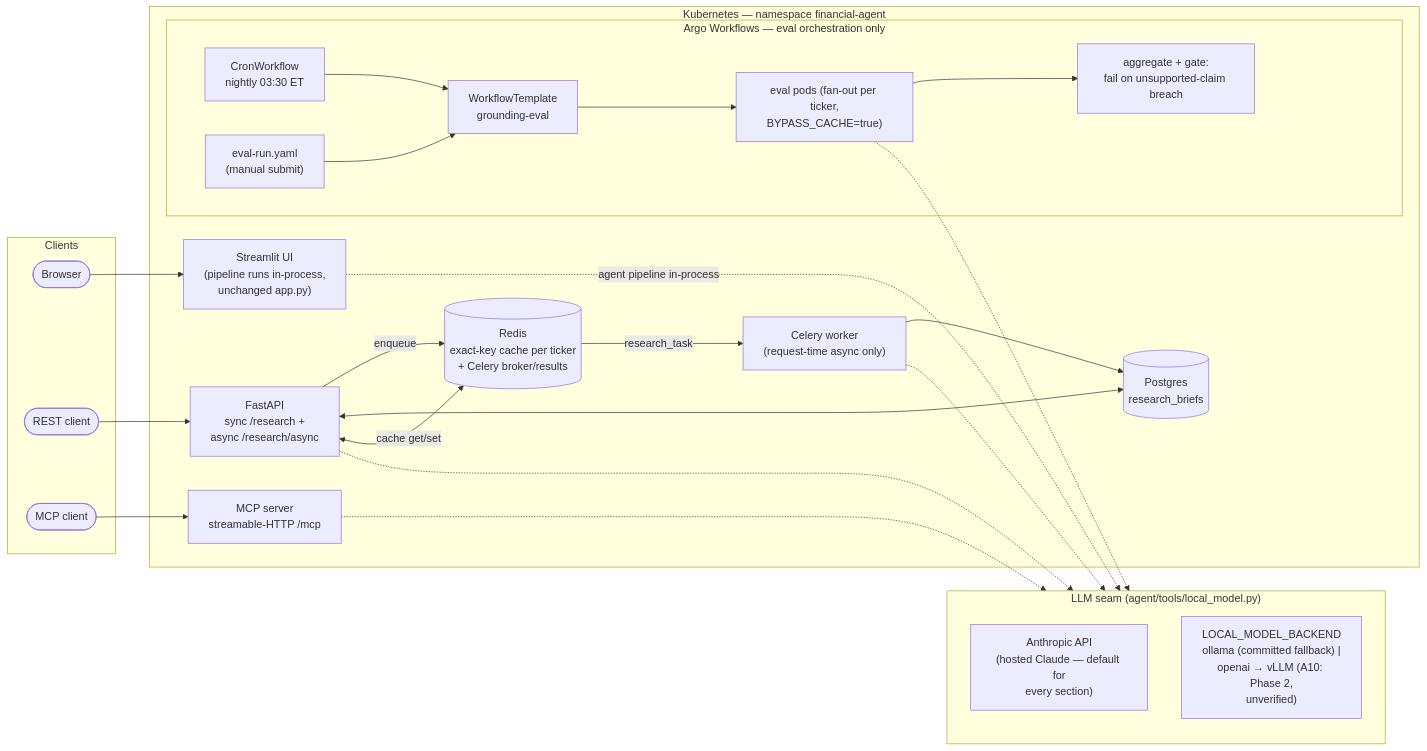
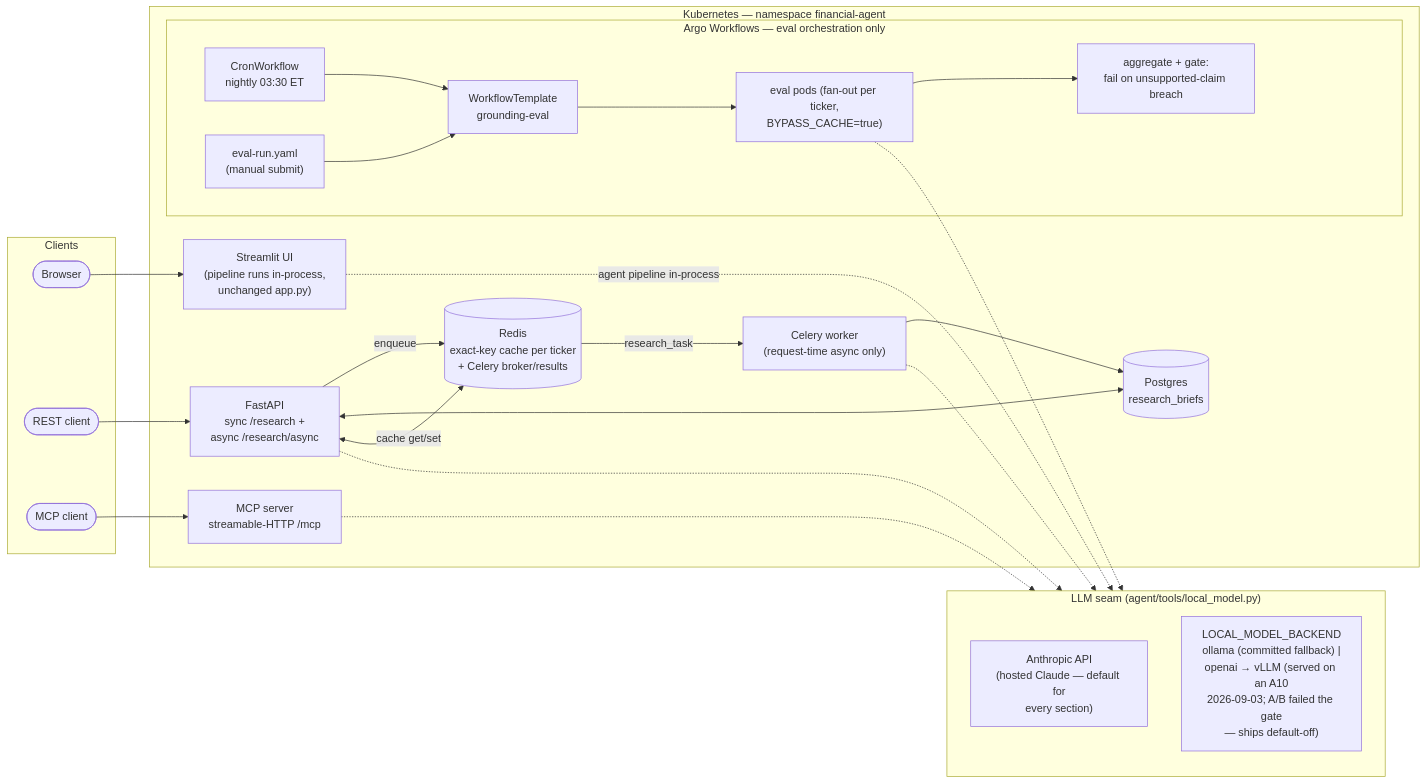
One commit to schen9999/financial-agent changed the diagram in docs/architecture.md. Above: the diagram before and after it, drawn with Mermaid. The commit also changed other lines of this file and 2 other files, not shown here.

````diff
--- a/docs/architecture.md
+++ b/docs/architecture.md
@@ -9,43 +9,43 @@
 ```mermaid
 flowchart LR
     subgraph clients [Clients]
         browser([Browser])
         rest([REST client])
         mcpc([MCP client])
     end
 
     subgraph cluster ["Kubernetes — namespace financial-agent"]
         streamlit["Streamlit UI<br/>(pipeline runs in-process,<br/>unchanged app.py)"]
         api["FastAPI<br/>sync /research +<br/>async /research/async"]
         worker["Celery worker<br/>(request-time async only)"]
         redis[("Redis<br/>exact-key cache per ticker<br/>+ Celery broker/results")]
         pg[("Postgres<br/>research_briefs")]
         mcp["MCP server<br/>streamable-HTTP /mcp"]
 
         subgraph argo ["Argo Workflows — eval orchestration only"]
             cron["CronWorkflow<br/>nightly 03:30 ET"] --> wft["WorkflowTemplate<br/>grounding-eval"]
             evalrun["eval-run.yaml<br/>(manual submit)"] --> wft
             wft --> pods["eval pods (fan-out per ticker,<br/>BYPASS_CACHE=true)"]
             pods --> gate["aggregate + gate:<br/>fail on unsupported-claim breach"]
         end
     end
 
     subgraph llm ["LLM seam (agent/tools/local_model.py)"]
         hosted["Anthropic API<br/>(hosted Claude — default for<br/>every section)"]
-        local["LOCAL_MODEL_BACKEND<br/>ollama (committed fallback) |<br/>openai → vLLM (A10: Phase 2,<br/>unverified)"]
+        local["LOCAL_MODEL_BACKEND<br/>ollama (committed fallback) |<br/>openai → vLLM (served on an A10<br/>2026-09-03; A/B failed the gate<br/>— ships default-off)"]
     end
 
     browser --> streamlit
     rest --> api
     mcpc --> mcp
     api -->|enqueue| redis
     redis -->|research_task| worker
     api <--> pg
     worker --> pg
     api <-->|cache get/set| redis
     streamlit -.->|agent pipeline in-process| llm
     api -.-> llm
     worker -.-> llm
     mcp -.-> llm
     pods -.-> llm
 ```
````
